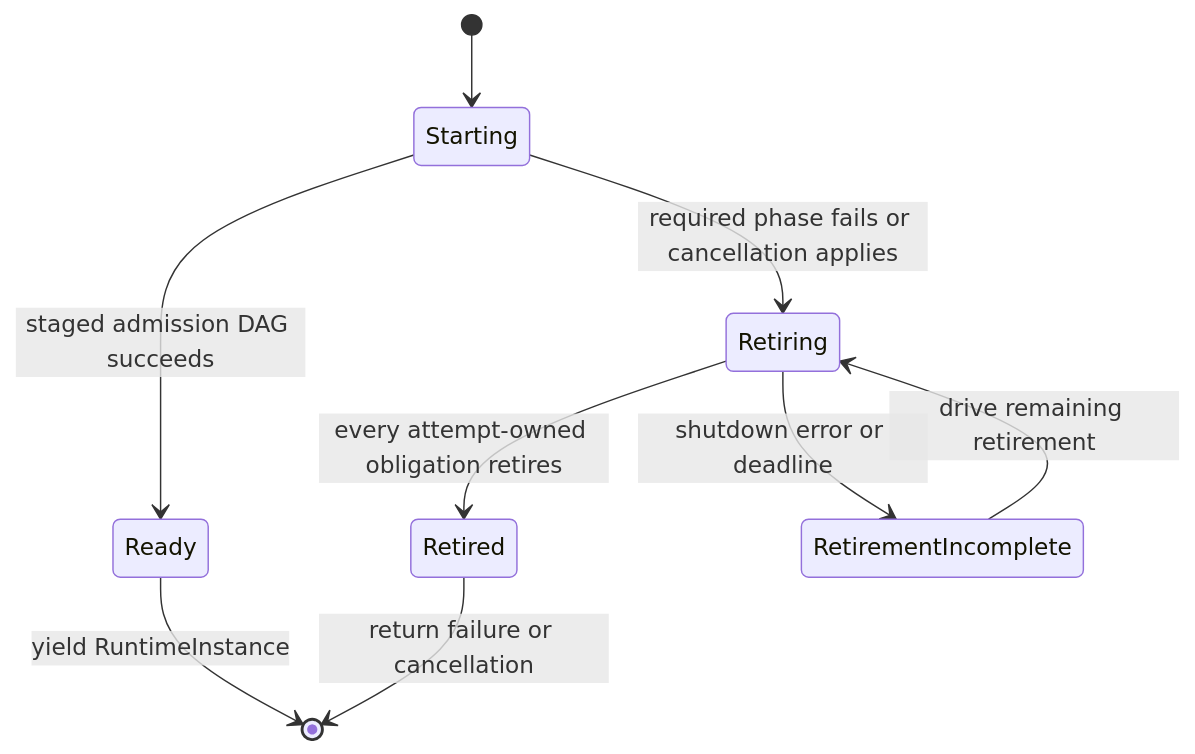
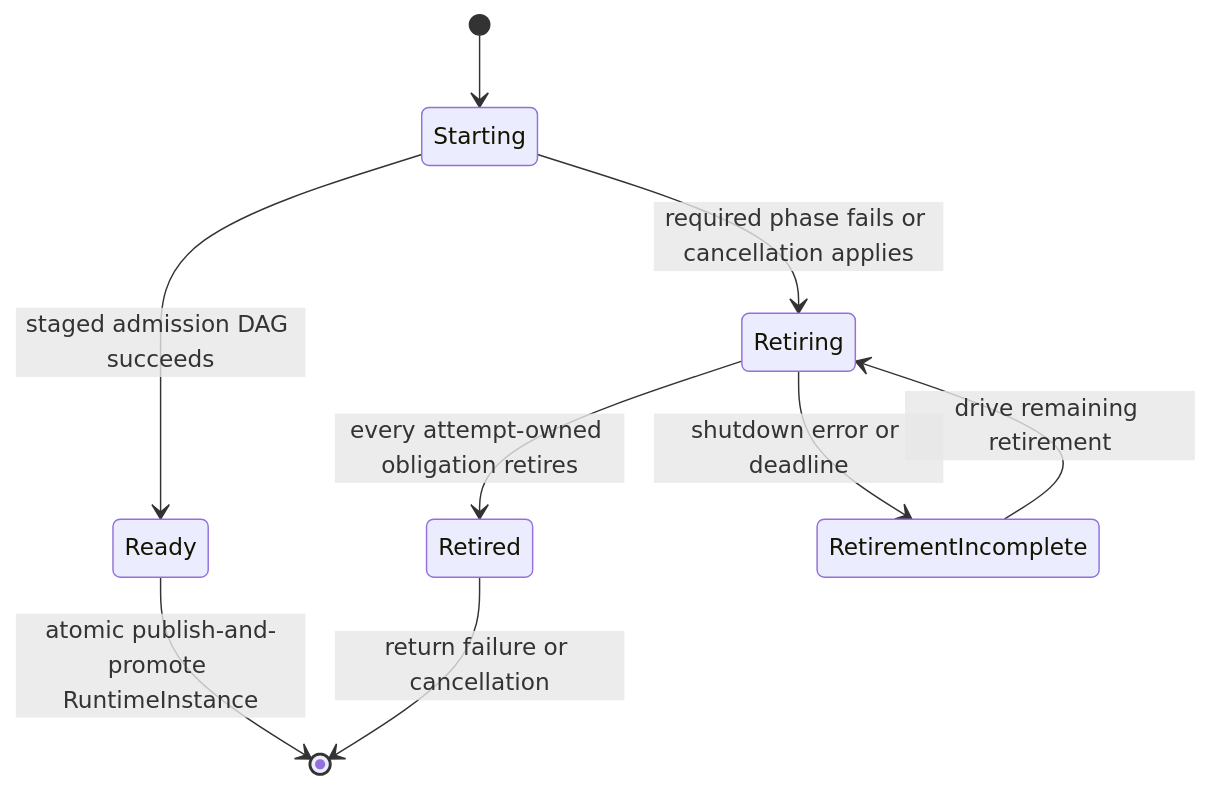
The second of 3 diagrams in docs/architecture/adr/0084-executable-runtime-ownership-and-isolation.md (Latias94/nara), drawn with Mermaid before and after one commit. The commit also changed other lines of this file and 5 other files, not shown here.

First line of the commit message:
docs(architecture): refocus runtime host roadmap

````diff
--- a/docs/architecture/adr/0084-executable-runtime-ownership-and-isolation.md
+++ b/docs/architecture/adr/0084-executable-runtime-ownership-and-isolation.md
@@ -140,11 +177,11 @@
 ```mermaid
 stateDiagram-v2
     [*] --> Starting
     Starting --> Ready: staged admission DAG succeeds
     Starting --> Retiring: required phase fails or cancellation applies
     Retiring --> Retired: every attempt-owned obligation retires
     Retiring --> RetirementIncomplete: shutdown error or deadline
     RetirementIncomplete --> Retiring: drive remaining retirement
-    Ready --> [*]: yield RuntimeInstance
+    Ready --> [*]: atomic publish-and-promote RuntimeInstance
     Retired --> [*]: return failure or cancellation
 ```
````
